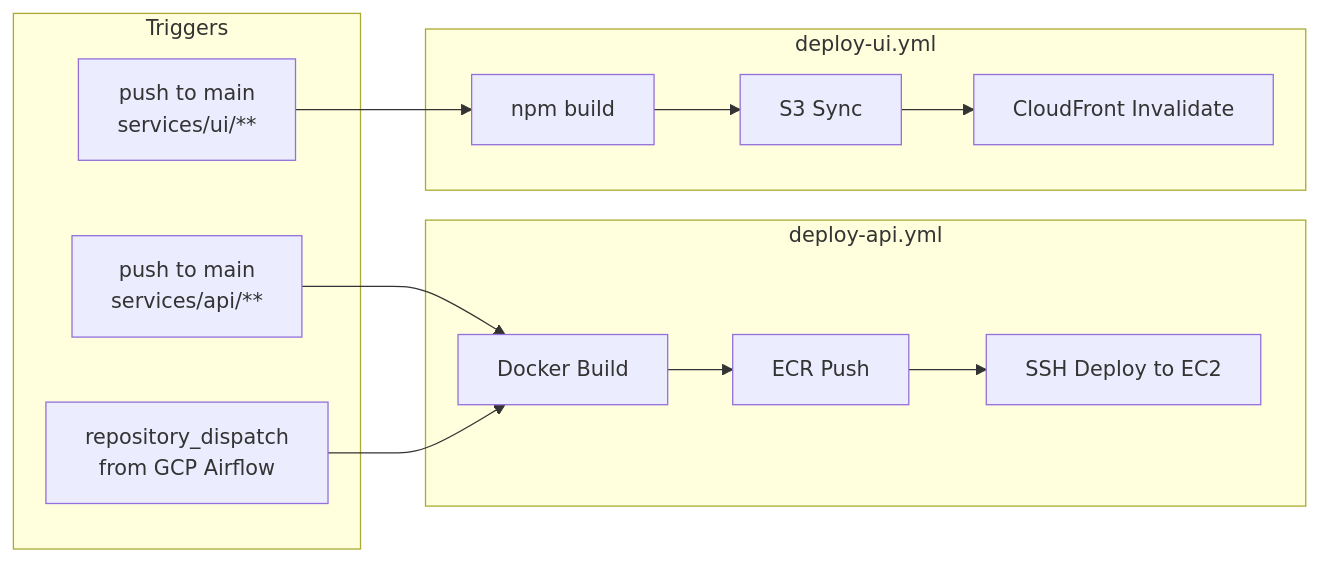
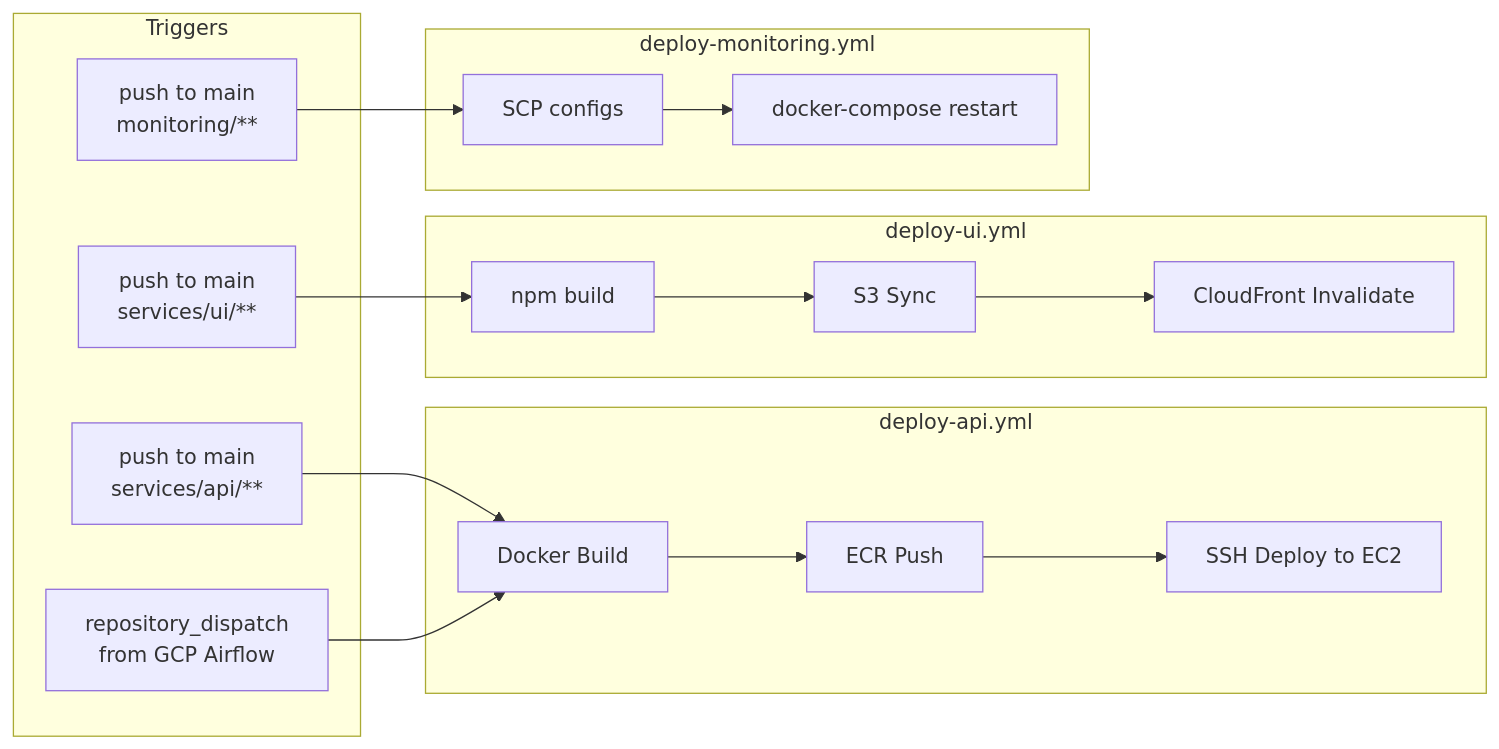
The first of 2 diagrams in README.md (RAG-QnA-Eval-Lab/policy-pass-infra-aws), drawn with Mermaid before and after one commit. The commit also changed other lines of this file and 10 other files, not shown here.

````diff
--- a/README.md
+++ b/README.md
@@ -75,20 +76,26 @@
 ```mermaid
 graph LR
     subgraph Triggers
         A[push to main<br/>services/api/**]
         B[push to main<br/>services/ui/**]
         C[repository_dispatch<br/>from GCP Airflow]
+        M[push to main<br/>monitoring/**]
     end
 
     subgraph API["deploy-api.yml"]
         D[Docker Build] --> E[ECR Push] --> F[SSH Deploy to EC2]
     end
 
     subgraph UI["deploy-ui.yml"]
         G[npm build] --> H[S3 Sync] --> I[CloudFront Invalidate]
     end
 
+    subgraph MON["deploy-monitoring.yml"]
+        J[SCP configs] --> K[docker-compose restart]
+    end
+
     A --> D
     C --> D
     B --> G
+    M --> J
 ```
````
